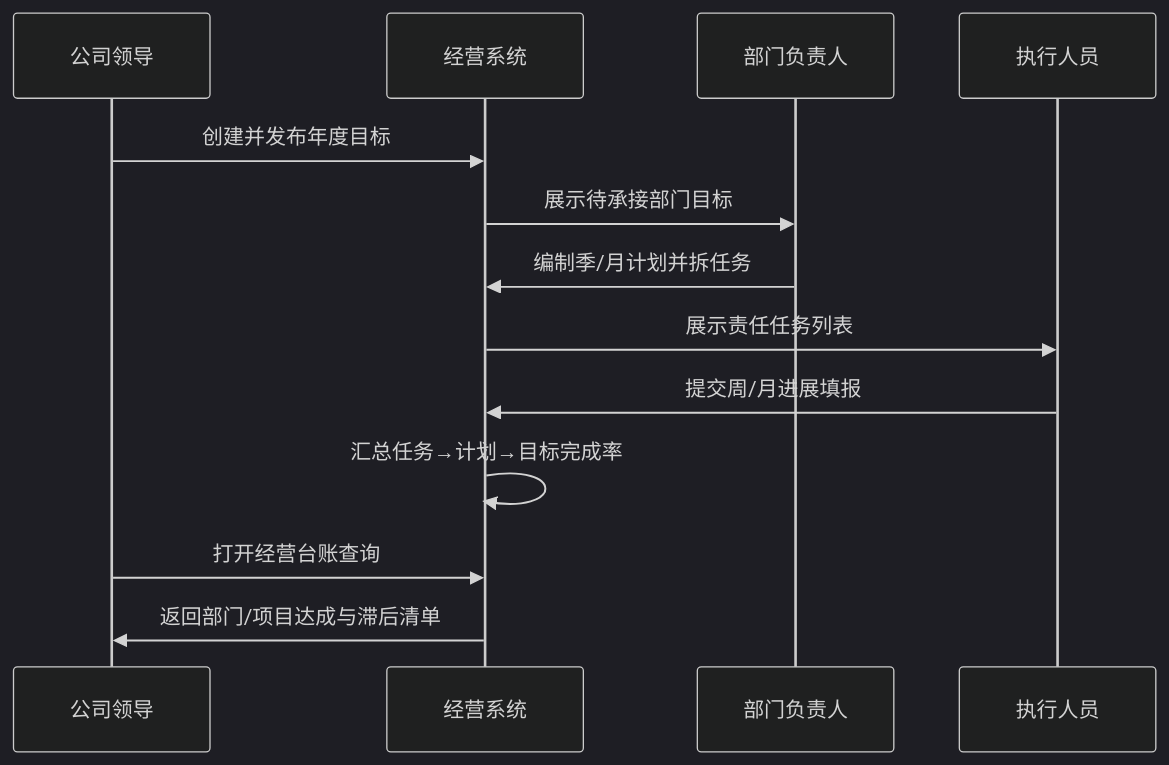
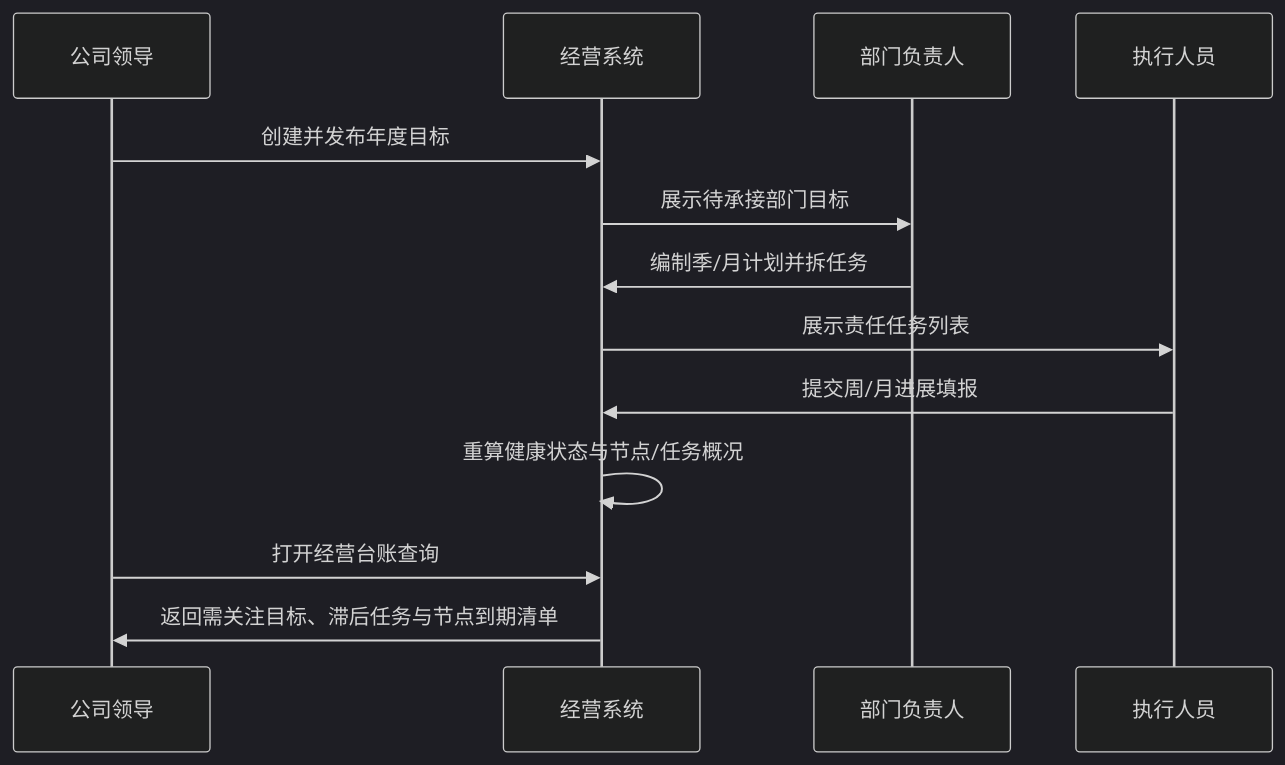
The sixth of 8 diagrams in docs/versions/v1.0.0/prd.md (liaoliao66/BMS), drawn with Mermaid (dark theme) before and after one commit. The commit also changed other lines of this file and 16 other files, not shown here.

````diff
--- a/docs/versions/v1.0.0/prd.md
+++ b/docs/versions/v1.0.0/prd.md
@@ -231,16 +232,16 @@
 ```mermaid
 sequenceDiagram
   participant L as 公司领导
   participant S as 经营系统
   participant D as 部门负责人
   participant E as 执行人员
 
   L->>S: 创建并发布年度目标
   S->>D: 展示待承接部门目标
   D->>S: 编制季/月计划并拆任务
   S->>E: 展示责任任务列表
   E->>S: 提交周/月进展填报
-  S->>S: 汇总任务→计划→目标完成率
+  S->>S: 重算健康状态与节点/任务概况
   L->>S: 打开经营台账查询
-  S->>L: 返回部门/项目达成与滞后清单
+  S->>L: 返回需关注目标、滞后任务与节点到期清单
 ```
````
